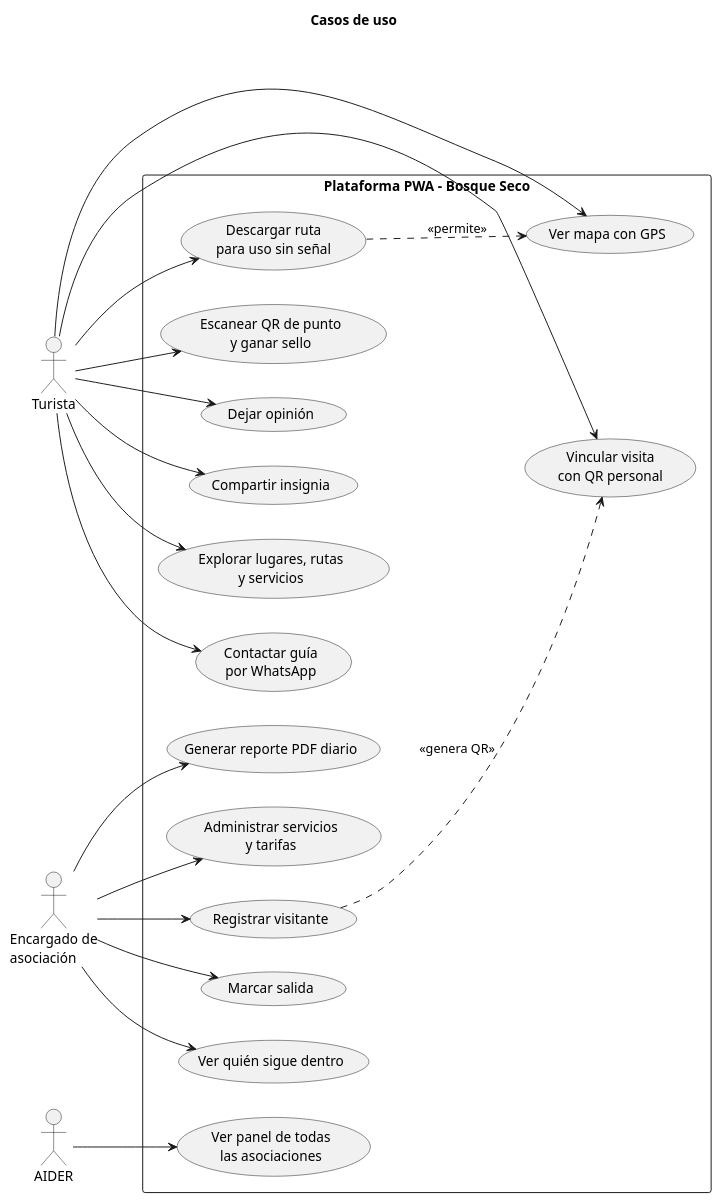
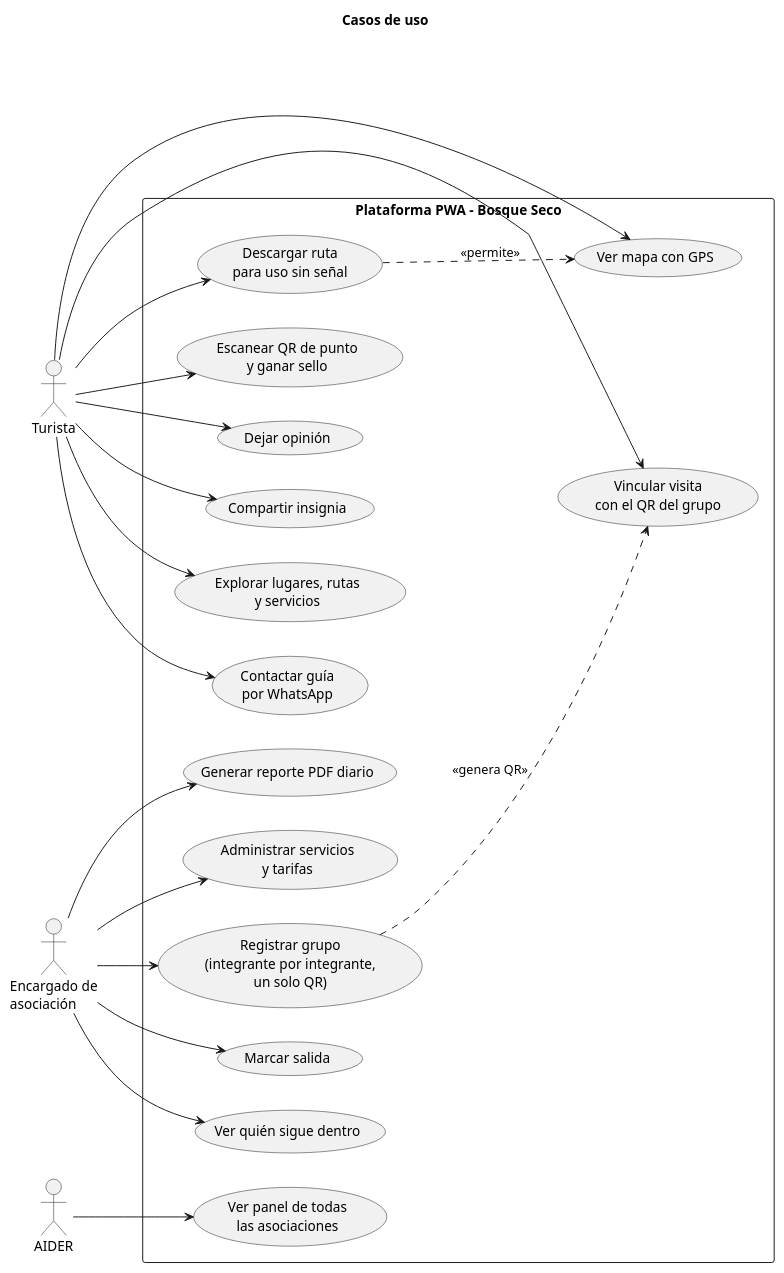
One commit to micioner2/explorador-bosque-seco changed the diagram in docs/diagramas/3-casos-de-uso.puml. Above: the diagram before and after it, drawn with PlantUML. The commit also changed 13 other files, not shown here.

First line of the commit message:
docs: documentar el diseño, los idiomas y el registro por grupo

```diff
--- a/docs/diagramas/3-casos-de-uso.puml
+++ b/docs/diagramas/3-casos-de-uso.puml
@@ -1,49 +1,49 @@
 @startuml casos_de_uso
 title Casos de uso
 left to right direction
 skinparam shadowing false
 skinparam defaultFontName Arial
 
 actor Turista as T
 actor "Encargado de\nasociación" as E
 actor AIDER as A
 
 rectangle "Plataforma PWA - Bosque Seco" {
   usecase "Explorar lugares, rutas\ny servicios" as UC1
   usecase "Contactar guía\npor WhatsApp" as UC2
-  usecase "Vincular visita\ncon QR personal" as UC3
+  usecase "Vincular visita\ncon el QR del grupo" as UC3
   usecase "Descargar ruta\npara uso sin señal" as UC4
   usecase "Ver mapa con GPS" as UC5
   usecase "Escanear QR de punto\ny ganar sello" as UC6
   usecase "Dejar opinión" as UC7
   usecase "Compartir insignia" as UC8
 
-  usecase "Registrar visitante" as UC9
+  usecase "Registrar grupo\n(integrante por integrante,\nun solo QR)" as UC9
   usecase "Marcar salida" as UC10
   usecase "Ver quién sigue dentro" as UC11
   usecase "Generar reporte PDF diario" as UC12
   usecase "Administrar servicios\ny tarifas" as UC13
 
   usecase "Ver panel de todas\nlas asociaciones" as UC14
 }
 
 T --> UC1
 T --> UC2
 T --> UC3
 T --> UC4
 T --> UC5
 T --> UC6
 T --> UC7
 T --> UC8
 
 E --> UC9
 E --> UC10
 E --> UC11
 E --> UC12
 E --> UC13
 
 A --> UC14
 
 UC9 ..> UC3 : <<genera QR>>
 UC4 ..> UC5 : <<permite>>
 @enduml
```
